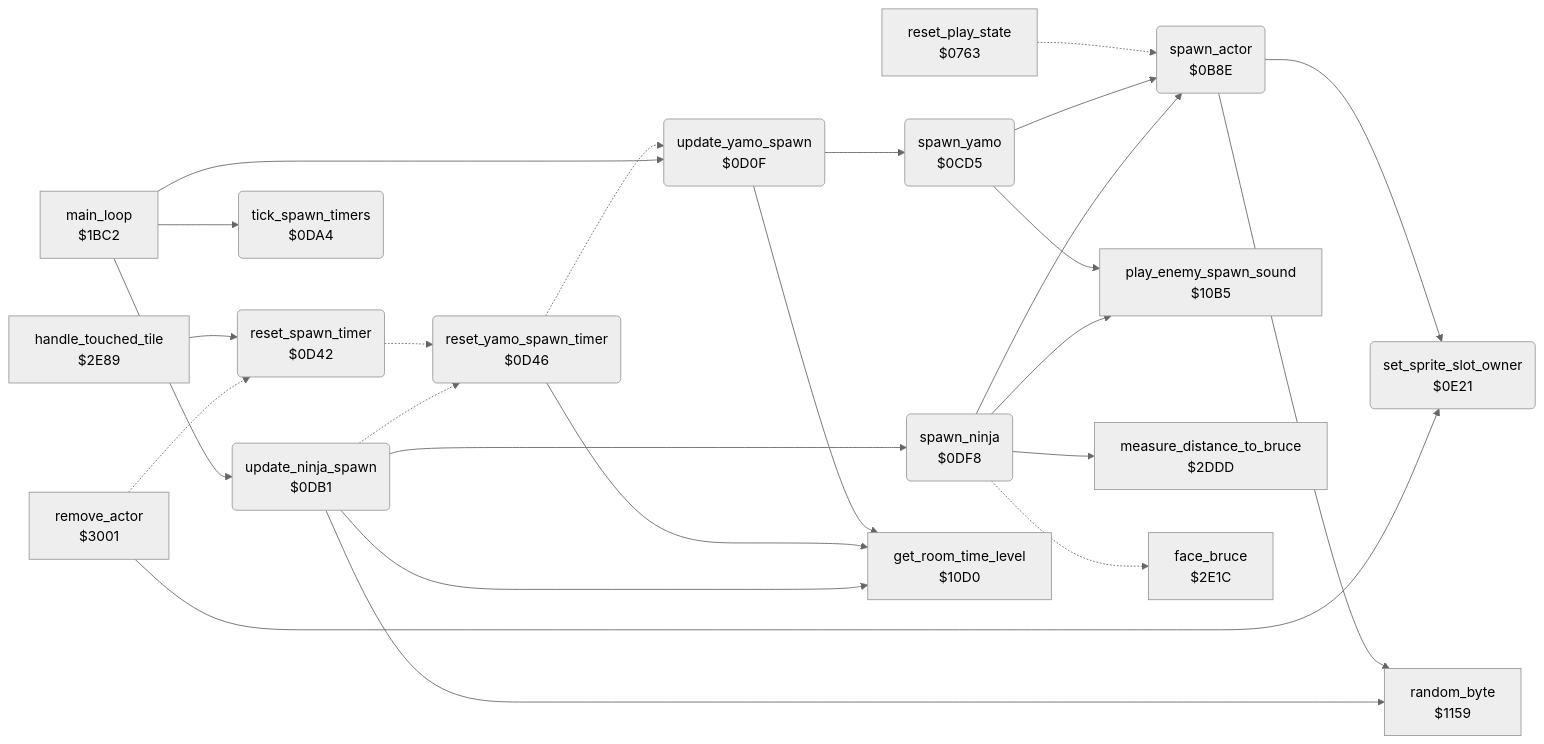
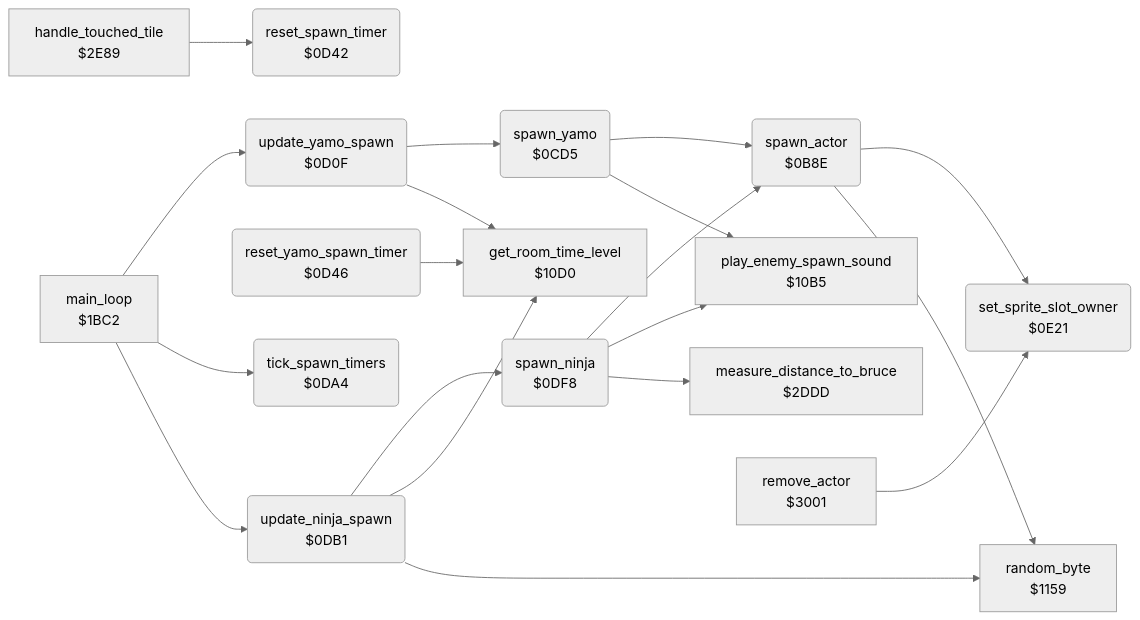
The diagram in bruce_lee/docs/reference/modules/actor/actor_spawn.md (henols/c64_games), drawn with Mermaid (neutral theme) before and after one commit. The commit also changed other lines of this file and 236 other files, not shown here.

````diff
--- a/bruce_lee/docs/reference/modules/actor/actor_spawn.md
+++ b/bruce_lee/docs/reference/modules/actor/actor_spawn.md
@@ -10,45 +28,37 @@
 ```mermaid
 flowchart LR
-  n0763["reset_play_state<br/>$0763"]
   n0b8e("spawn_actor<br/>$0B8E")
   n0cd5("spawn_yamo<br/>$0CD5")
   n0d0f("update_yamo_spawn<br/>$0D0F")
   n0d42("reset_spawn_timer<br/>$0D42")
   n0d46("reset_yamo_spawn_timer<br/>$0D46")
   n0da4("tick_spawn_timers<br/>$0DA4")
   n0db1("update_ninja_spawn<br/>$0DB1")
   n0df8("spawn_ninja<br/>$0DF8")
   n0e21("set_sprite_slot_owner<br/>$0E21")
   n10b5["play_enemy_spawn_sound<br/>$10B5"]
   n10d0["get_room_time_level<br/>$10D0"]
   n1159["random_byte<br/>$1159"]
   n1bc2["main_loop<br/>$1BC2"]
   n2ddd["measure_distance_to_bruce<br/>$2DDD"]
-  n2e1c["face_bruce<br/>$2E1C"]
   n2e89["handle_touched_tile<br/>$2E89"]
   n3001["remove_actor<br/>$3001"]
-  n0763 -.-> n0b8e
   n0b8e --> n0e21
   n0b8e --> n1159
   n0cd5 --> n0b8e
   n0cd5 --> n10b5
   n0d0f --> n0cd5
   n0d0f --> n10d0
-  n0d42 -.-> n0d46
-  n0d46 -.-> n0d0f
   n0d46 --> n10d0
-  n0db1 -.-> n0d46
   n0db1 --> n0df8
   n0db1 --> n10d0
   n0db1 --> n1159
   n0df8 --> n0b8e
   n0df8 --> n10b5
   n0df8 --> n2ddd
-  n0df8 -.-> n2e1c
   n1bc2 --> n0d0f
   n1bc2 --> n0da4
   n1bc2 --> n0db1
   n2e89 --> n0d42
-  n3001 -.-> n0d42
   n3001 --> n0e21
 ```
````
